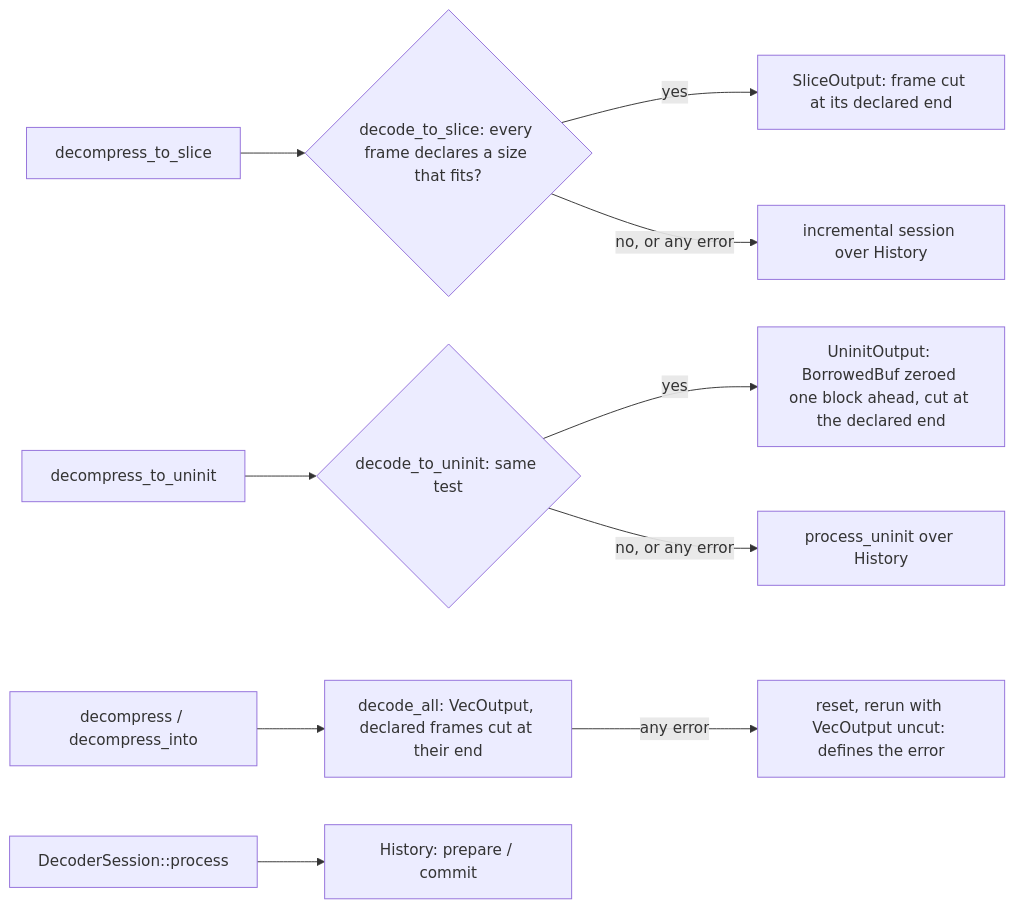
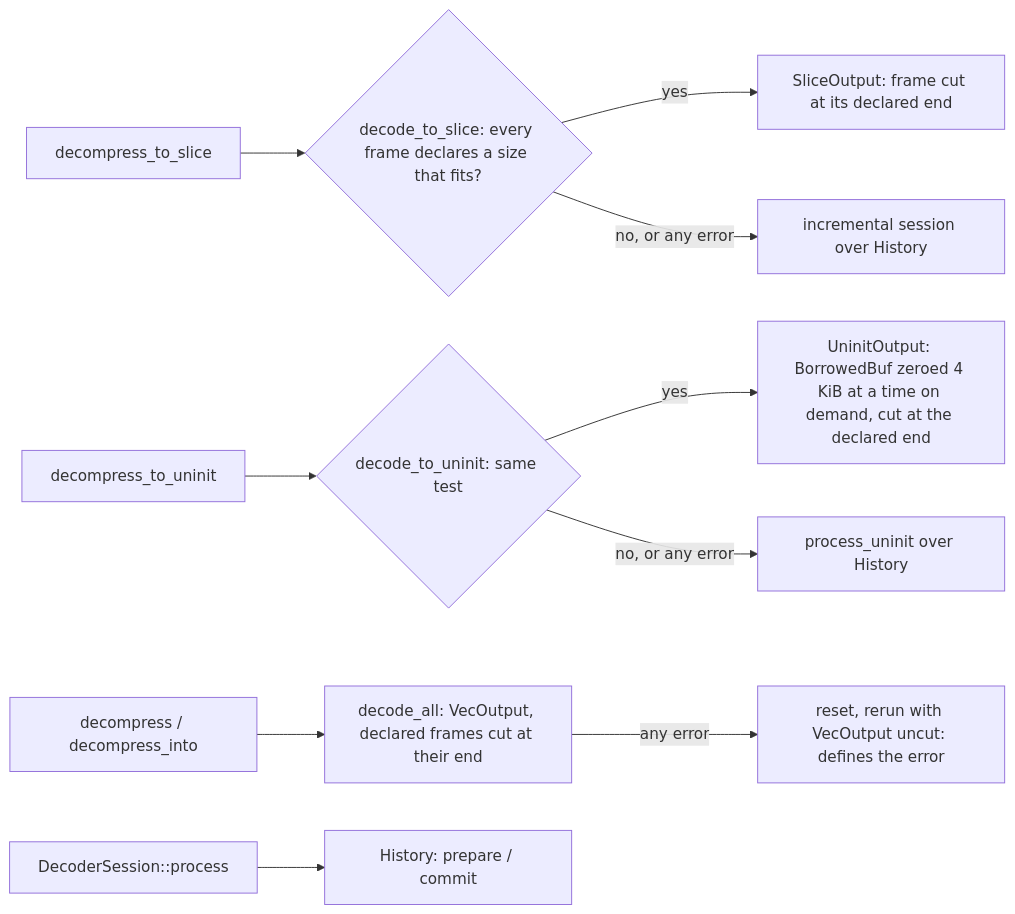
Before and after one commit to M-Compressors/mzstd: the fifth of 7 diagrams in architecture/decoder-performance.md, drawn with Mermaid. The commit also changed other lines of this file and 419 other files, not shown here.

````diff
--- a/architecture/decoder-performance.md
+++ b/architecture/decoder-performance.md
@@ -233,12 +279,12 @@
 ```mermaid
 flowchart LR
     ToSlice[decompress_to_slice] --> Direct{decode_to_slice: every frame declares a size that fits?}
     Direct -->|yes| Slice[SliceOutput: frame cut at its declared end]
     Direct -->|no, or any error| Session[incremental session over History]
     ToUninit[decompress_to_uninit] --> DirectU{decode_to_uninit: same test}
-    DirectU -->|yes| Uninit[UninitOutput: BorrowedBuf zeroed one block ahead, cut at the declared end]
+    DirectU -->|yes| Uninit[UninitOutput: BorrowedBuf zeroed 4 KiB at a time on demand, cut at the declared end]
     DirectU -->|no, or any error| SessionU[process_uninit over History]
     Into[decompress / decompress_into] --> Cut[decode_all: VecOutput, declared frames cut at their end]
     Cut -->|any error| Uncut[reset, rerun with VecOutput uncut: defines the error]
     Process[DecoderSession::process] --> History[History: prepare / commit]
 ```
````
